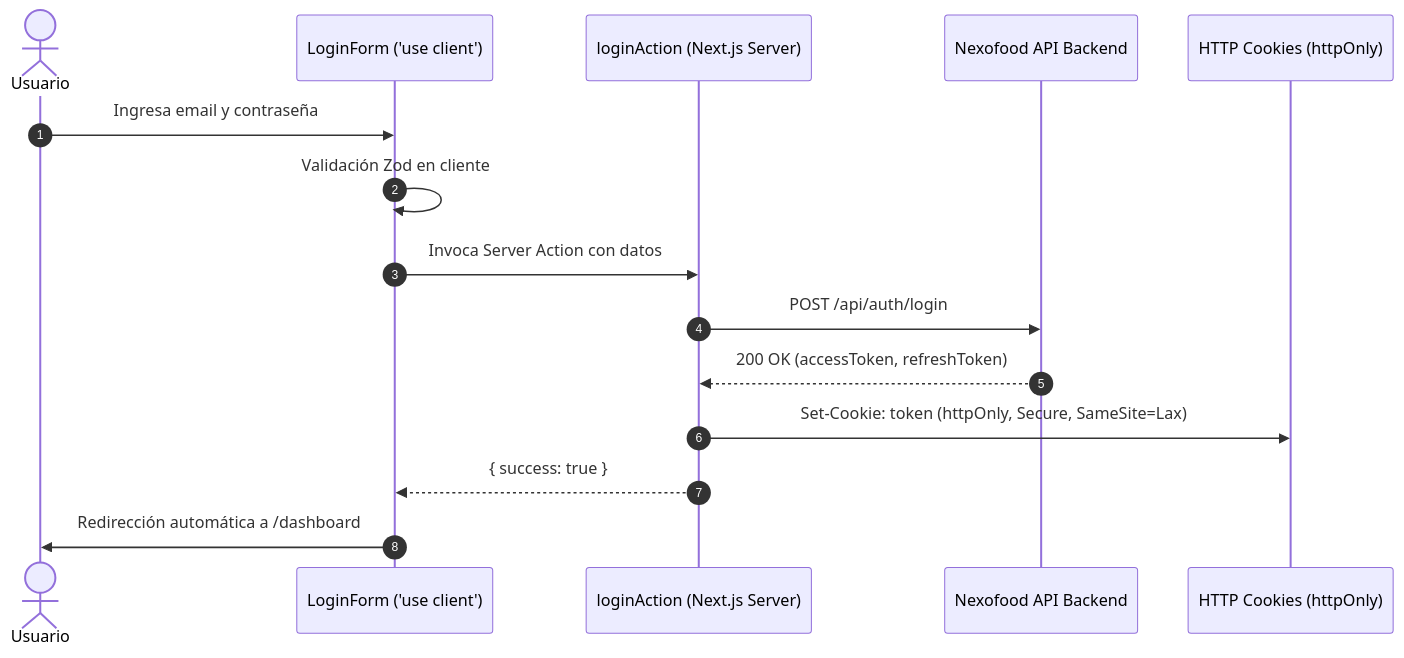
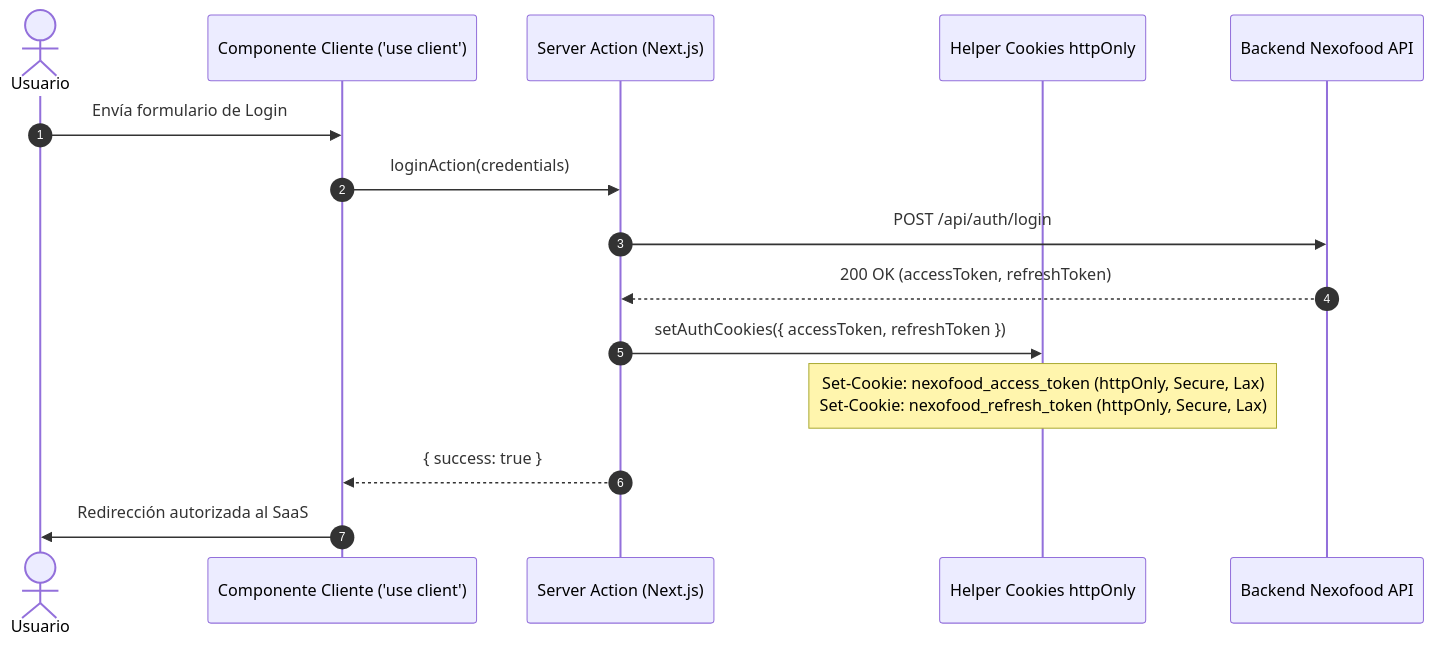
Before and after one commit to Abdieeel03/nexofood: the diagram in docs/api_implementation_plan.md, drawn with Mermaid. The commit also changed other lines of this file, not shown here.

Commit message:
docs(api): update implementation plan with completed milestones

````diff
--- a/docs/api_implementation_plan.md
+++ b/docs/api_implementation_plan.md
@@ -148,18 +220,18 @@
 ```mermaid
 sequenceDiagram
     autonumber
     actor Usuario
-    participant LoginClient as LoginForm ('use client')
-    participant ServerAction as loginAction (Next.js Server)
-    participant BackendAPI as Nexofood API Backend
-    participant CookieStore as HTTP Cookies (httpOnly)
+    participant Client as Componente Cliente ('use client')
+    participant ServerAction as Server Action (Next.js)
+    participant AuthCookies as Helper Cookies httpOnly
+    participant BackendAPI as Backend Nexofood API
 
-    Usuario->>LoginClient: Ingresa email y contraseña
-    LoginClient->>LoginClient: Validación Zod en cliente
-    LoginClient->>ServerAction: Invoca Server Action con datos
+    Usuario->>Client: Envía formulario de Login
+    Client->>ServerAction: loginAction(credentials)
     ServerAction->>BackendAPI: POST /api/auth/login
     BackendAPI-->>ServerAction: 200 OK (accessToken, refreshToken)
-    ServerAction->>CookieStore: Set-Cookie: token (httpOnly, Secure, SameSite=Lax)
-    ServerAction-->>LoginClient: { success: true }
-    LoginClient->>Usuario: Redirección automática a /dashboard
+    ServerAction->>AuthCookies: setAuthCookies({ accessToken, refreshToken })
+    Note over AuthCookies: Set-Cookie: nexofood_access_token (httpOnly, Secure, Lax)<br/>Set-Cookie: nexofood_refresh_token (httpOnly, Secure, Lax)
+    ServerAction-->>Client: { success: true }
+    Client->>Usuario: Redirección autorizada al SaaS
 ```
````
